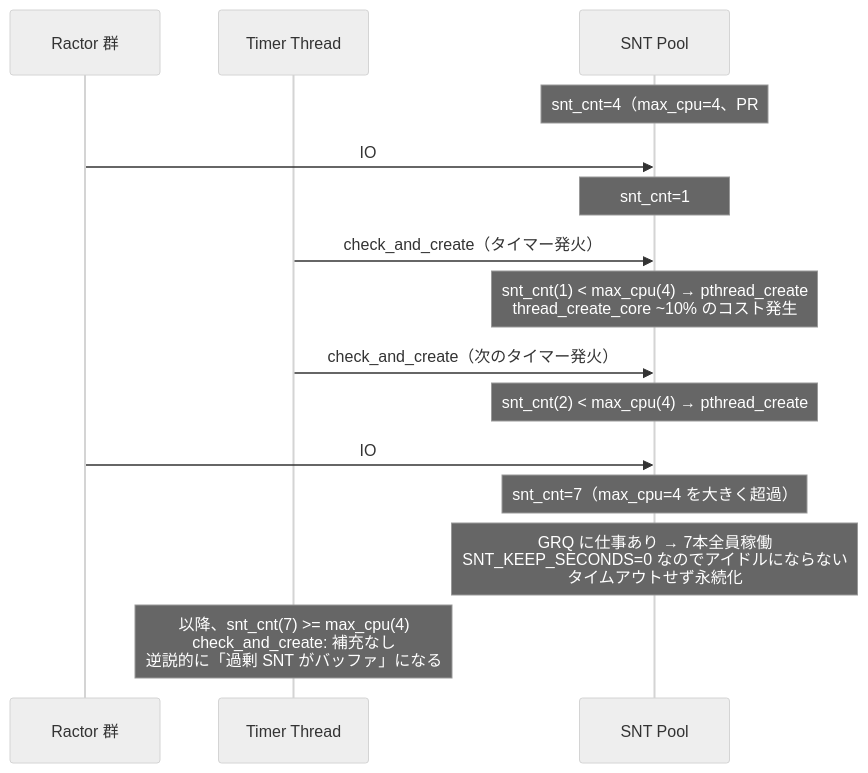
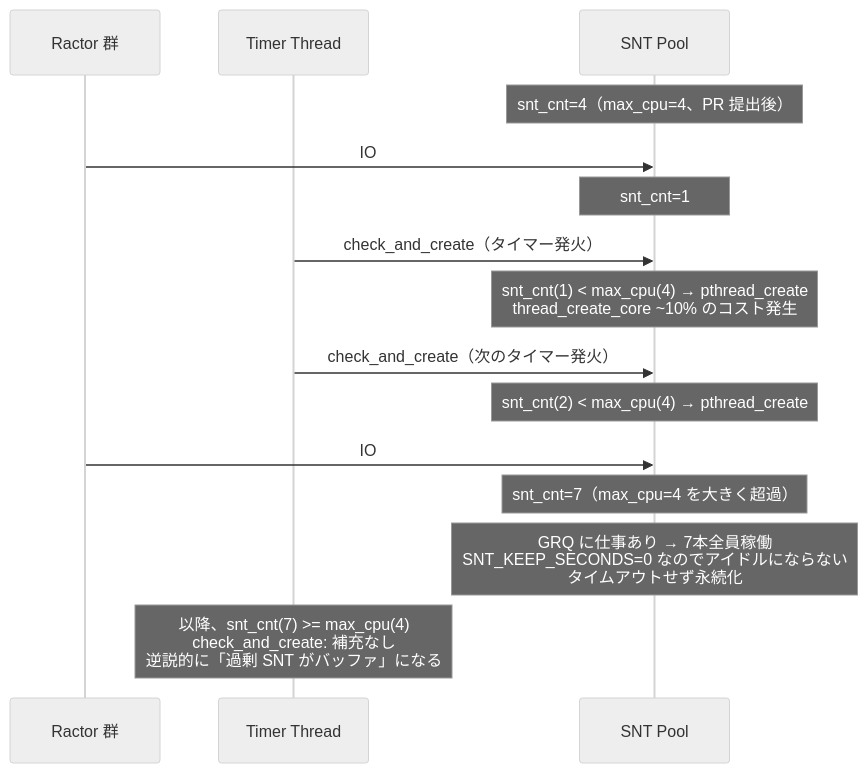
One commit to thekuwayama/biryani-benchmarks changed the fifth of 6 diagrams in wiki/internals/mn-snt-pool-growth-shrink.md. Above: the diagram before and after it, drawn with Mermaid (neutral theme). The commit also changed other lines of this file and 30 other files, not shown here.

````diff
--- a/wiki/internals/mn-snt-pool-growth-shrink.md
+++ b/wiki/internals/mn-snt-pool-growth-shrink.md
@@ -142,24 +142,24 @@
 ```mermaid
 sequenceDiagram
     participant R1 as Ractor 群
     participant TM as Timer Thread
     participant PL as SNT Pool
 
-    Note over PL: snt_cnt=4（max_cpu=4、PR #17100 後）
+    Note over PL: snt_cnt=4（max_cpu=4、PR 提出後）
 
     R1->>PL: IO#read 多発 → dedicated_inc × 3
     Note over PL: snt_cnt=1
 
     TM->>PL: check_and_create（タイマー発火）
     Note over PL: snt_cnt(1) < max_cpu(4) → pthread_create<br/>thread_create_core ~10% のコスト発生
 
     TM->>PL: check_and_create（次のタイマー発火）
     Note over PL: snt_cnt(2) < max_cpu(4) → pthread_create
 
     R1->>PL: IO#read 完了 × 3 → dedicated_dec × 3
     Note over PL: snt_cnt=7（max_cpu=4 を大きく超過）
 
     Note over PL: GRQ に仕事あり → 7本全員稼働<br/>SNT_KEEP_SECONDS=0 なのでアイドルにならない<br/>タイムアウトせず永続化
 
     Note over TM: 以降、snt_cnt(7) >= max_cpu(4)<br/>check_and_create: 補充なし<br/>逆説的に「過剰 SNT がバッファ」になる
 ```
````
